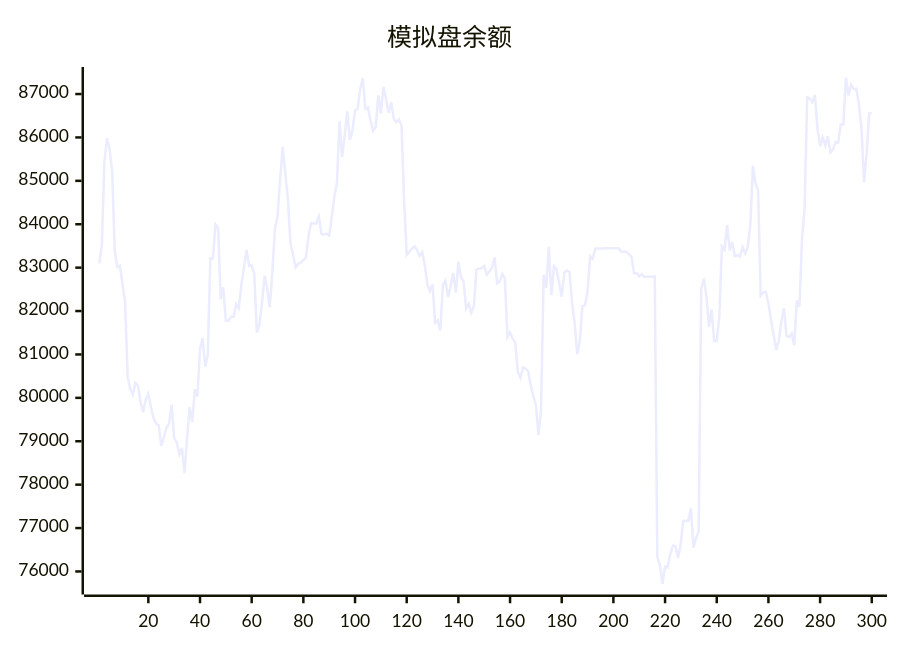
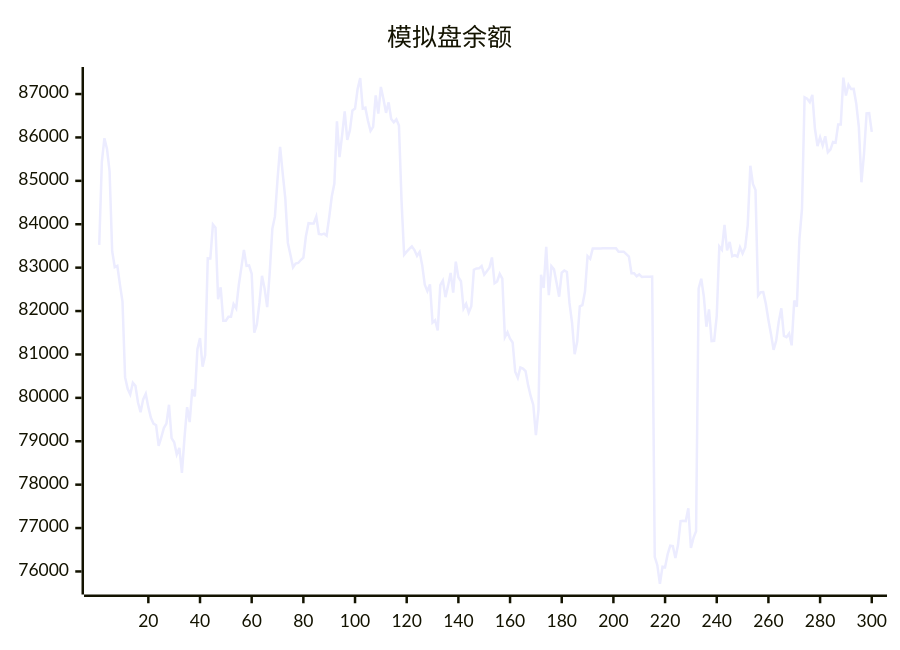
The diagram in README.md (aahl/ai-trading), drawn with Mermaid before and after one commit. The commit also changed other lines of this file and 1 other file, not shown here.

````diff
--- a/README.md
+++ b/README.md
@@ -5,5 +5,5 @@
 ```mermaid
 xychart
     title "模拟盘余额"
-    line [83098,83525,85430,85983,85737,85221,83378,83014,83043,82613,82216,80477,80208,80081,80348,80277,79894,79670,79965,80093,79786,79542,79406,79371,78893,79087,79304,79406,79841,79072,78978,78696,78846,78272,79085,79787,79442,80198,80031,81120,81379,80718,80985,83214,83212,83993,83921,82270,82547,81776,81776,81866,81866,82158,82061,82596,83000,83408,83041,83050,82858,81503,81691,82188,82812,82517,82092,82901,83898,84180,85030,85781,85178,84604,83569,83298,83008,83093,83107,83175,83228,83729,84025,84017,84019,84177,83775,83762,83785,83738,84160,84639,84939,86370,85548,86046,86599,85942,86161,86622,86664,87115,87369,86666,86685,86384,86152,86243,86969,86548,87164,86885,86566,86809,86427,86348,86417,86273,84538,83299,83369,83430,83490,83404,83270,83362,83056,82605,82459,82614,81734,81788,81551,82598,82702,82320,82580,82878,82426,83139,82778,82686,82056,82166,81963,82110,82951,82983,82984,83038,82838,82915,82998,83235,82642,82682,82858,82746,81396,81512,81362,81277,80600,80461,80699,80673,80616,80288,80038,79836,79142,79722,82837,82533,83480,82366,83032,82960,82654,82330,82883,82934,82901,82188,81728,81005,81298,82110,82135,82449,83264,83203,83440,83439,83440,83440,83446,83447,83448,83447,83448,83449,83369,83369,83369,83313,83256,82872,82873,82801,82844,82785,82791,82791,82793,82794,76339,76145,75714,76110,76096,76397,76594,76585,76310,76607,77160,77170,77160,77456,76541,76774,76927,82520,82744,82337,81639,82040,81307,81314,81887,83490,83414,83984,83396,83594,83261,83287,83253,83470,83327,83465,83987,85348,84930,84786,82355,82433,82438,82167,81795,81466,81105,81315,81756,82064,81426,81398,81481,81210,82242,82099,83658,84359,86925,86892,86814,86980,86203,85802,86003,85811,86028,85657,85721,85896,85880,86300,86299,87378,86965,87214,87115,87118,86780,86238,84966,85623,86555,86562]
+    line [83525,85430,85983,85737,85221,83378,83014,83043,82613,82216,80477,80208,80081,80348,80277,79894,79670,79965,80093,79786,79542,79406,79371,78893,79087,79304,79406,79841,79072,78978,78696,78846,78272,79085,79787,79442,80198,80031,81120,81379,80718,80985,83214,83212,83993,83921,82270,82547,81776,81776,81866,81866,82158,82061,82596,83000,83408,83041,83050,82858,81503,81691,82188,82812,82517,82092,82901,83898,84180,85030,85781,85178,84604,83569,83298,83008,83093,83107,83175,83228,83729,84025,84017,84019,84177,83775,83762,83785,83738,84160,84639,84939,86370,85548,86046,86599,85942,86161,86622,86664,87115,87369,86666,86685,86384,86152,86243,86969,86548,87164,86885,86566,86809,86427,86348,86417,86273,84538,83299,83369,83430,83490,83404,83270,83362,83056,82605,82459,82614,81734,81788,81551,82598,82702,82320,82580,82878,82426,83139,82778,82686,82056,82166,81963,82110,82951,82983,82984,83038,82838,82915,82998,83235,82642,82682,82858,82746,81396,81512,81362,81277,80600,80461,80699,80673,80616,80288,80038,79836,79142,79722,82837,82533,83480,82366,83032,82960,82654,82330,82883,82934,82901,82188,81728,81005,81298,82110,82135,82449,83264,83203,83440,83439,83440,83440,83446,83447,83448,83447,83448,83449,83369,83369,83369,83313,83256,82872,82873,82801,82844,82785,82791,82791,82793,82794,76339,76145,75714,76110,76096,76397,76594,76585,76310,76607,77160,77170,77160,77456,76541,76774,76927,82520,82744,82337,81639,82040,81307,81314,81887,83490,83414,83984,83396,83594,83261,83287,83253,83470,83327,83465,83987,85348,84930,84786,82355,82433,82438,82167,81795,81466,81105,81315,81756,82064,81426,81398,81481,81210,82242,82099,83658,84359,86925,86892,86814,86980,86203,85802,86003,85811,86028,85657,85721,85896,85880,86300,86299,87378,86965,87214,87115,87118,86780,86238,84966,85623,86555,86562,86129]
 ```
````
